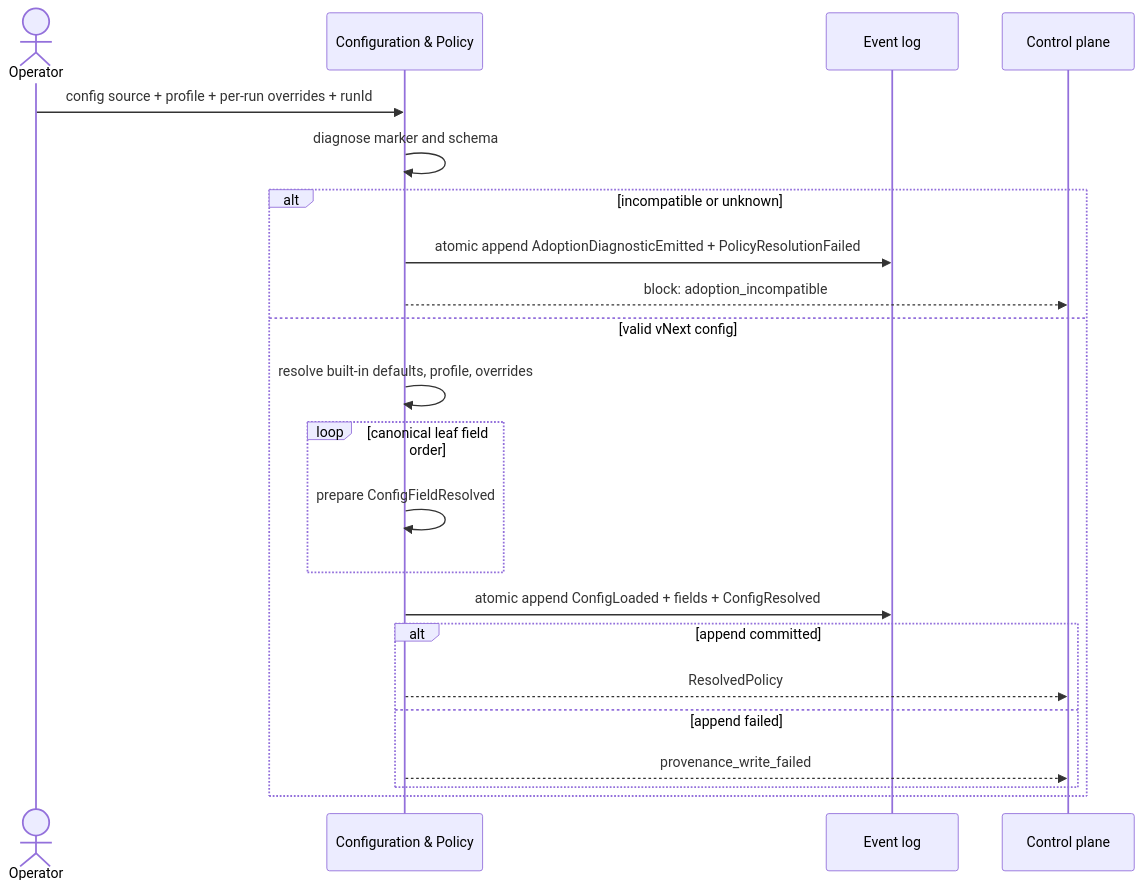
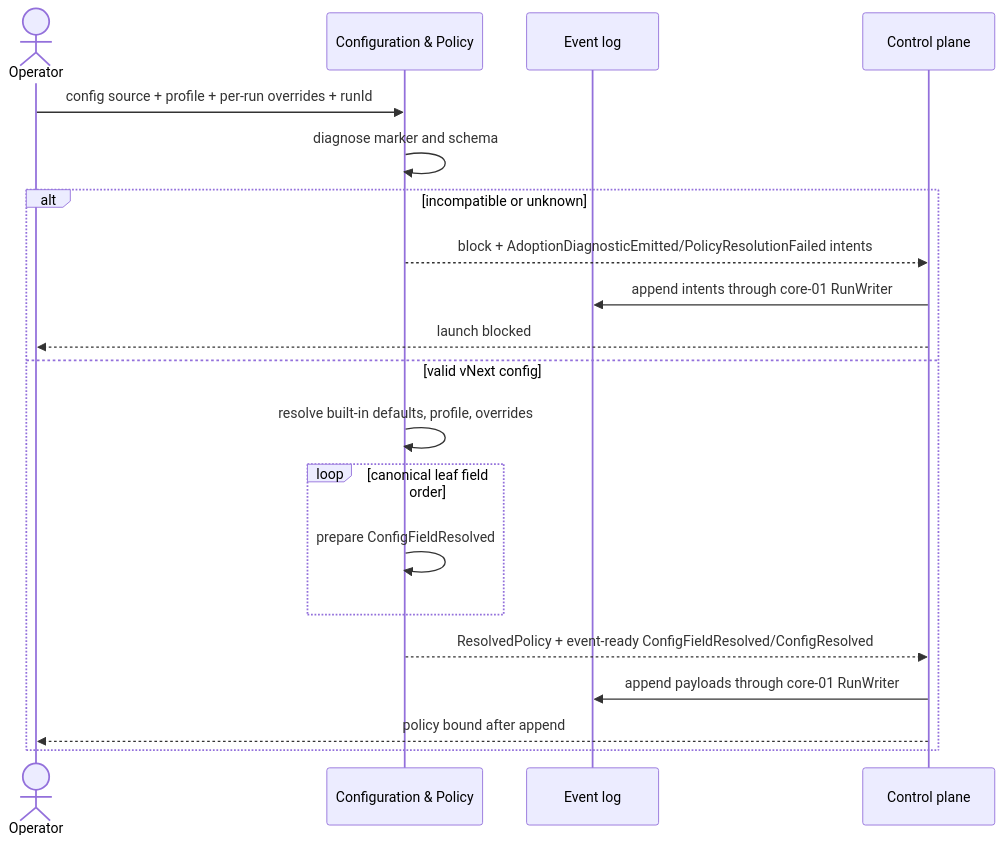
The second of 2 diagrams in docs/design/domains/fnd-01-configuration-and-policy/design.md (aryeko/agentic-workflow-kit), drawn with Mermaid before and after one commit. The commit also changed other lines of this file and 3 other files, not shown here.

````diff
--- a/docs/design/domains/fnd-01-configuration-and-policy/design.md
+++ b/docs/design/domains/fnd-01-configuration-and-policy/design.md
@@ -117,25 +118,23 @@
 ```mermaid
 sequenceDiagram
   actor Operator
   participant CFG as Configuration & Policy
   participant EL as Event log
   participant CP as Control plane
 
   Operator->>CFG: config source + profile + per-run overrides + runId
   CFG->>CFG: diagnose marker and schema
   alt incompatible or unknown
-    CFG->>EL: atomic append AdoptionDiagnosticEmitted + PolicyResolutionFailed
-    CFG-->>CP: block: adoption_incompatible
+    CFG-->>CP: block + AdoptionDiagnosticEmitted/PolicyResolutionFailed intents
+    CP->>EL: append intents through core-01 RunWriter
+    CP-->>Operator: launch blocked
   else valid vNext config
     CFG->>CFG: resolve built-in defaults, profile, overrides
     loop canonical leaf field order
       CFG->>CFG: prepare ConfigFieldResolved
     end
-    CFG->>EL: atomic append ConfigLoaded + fields + ConfigResolved
-    alt append committed
-      CFG-->>CP: ResolvedPolicy
-    else append failed
-      CFG-->>CP: provenance_write_failed
-    end
+    CFG-->>CP: ResolvedPolicy + event-ready ConfigFieldResolved/ConfigResolved
+    CP->>EL: append payloads through core-01 RunWriter
+    CP-->>Operator: policy bound after append
   end
 ```
````
